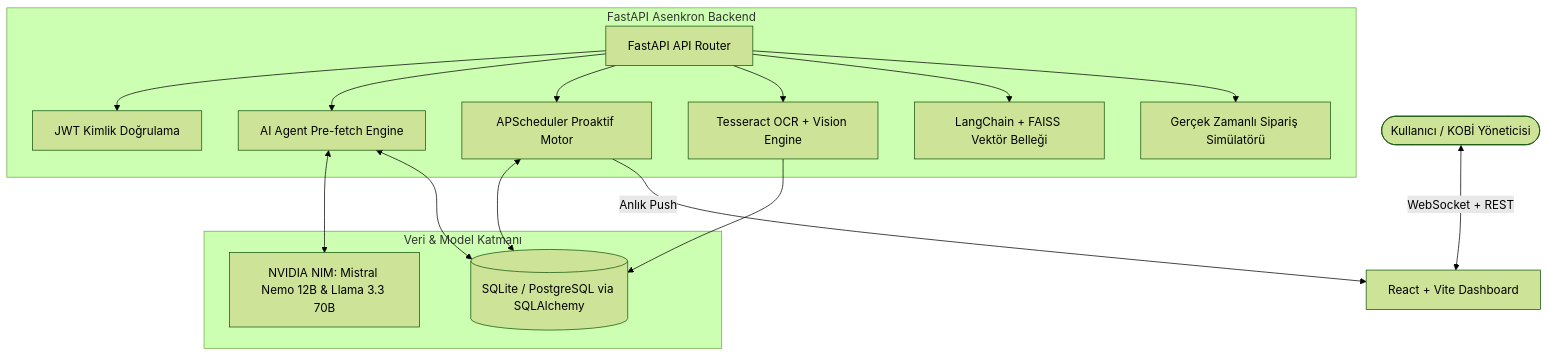
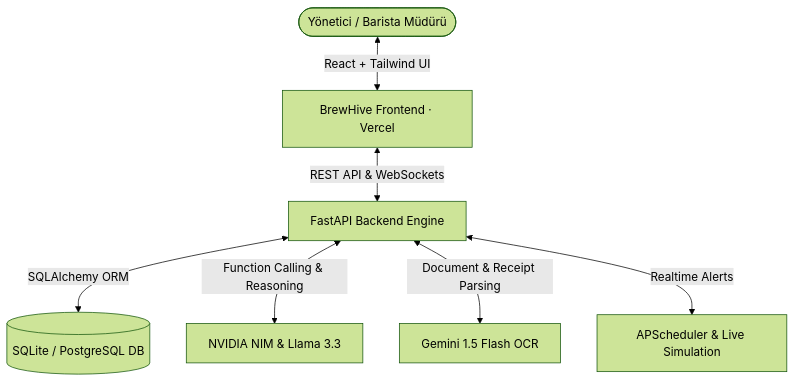
Before and after one commit to mehmeteminakkaya/KobiFlow: the diagram in README.md, drawn with Mermaid (forest theme). The commit also changed other lines of this file and 5 other files, not shown here.

Commit message:
feat: complete BrewHive AI overhaul with coffee dark UI, full demo mode and Vercel deployment

````diff
--- a/README.md
+++ b/README.md
@@ -40,32 +49,9 @@
 ```mermaid
 graph TD
-    User([Kullanıcı / KOBİ Yöneticisi]) <-->|WebSocket + REST| Frontend[React + Vite Dashboard]
-    
-    subgraph "FastAPI Asenkron Backend"
-        Router[FastAPI API Router]
-        Auth[JWT Kimlik Doğrulama]
-        Agent[AI Agent Pre-fetch Engine]
-        Insight[APScheduler Proaktif Motor]
-        OCR[Tesseract OCR + Vision Engine]
-        RAG[LangChain + FAISS Vektör Belleği]
-        Sim[Gerçek Zamanlı Sipariş Simülatörü]
-        
-        Router --> Auth
-        Router --> Agent
-        Router --> Insight
-        Router --> OCR
-        Router --> RAG
-        Router --> Sim
-    end
-
-    subgraph "Veri & Model Katmanı"
-        DB[(SQLite / PostgreSQL via SQLAlchemy)]
-        NvidiaAPI[NVIDIA NIM: Mistral Nemo 12B & Llama 3.3 70B]
-    end
-
-    Agent <--> NvidiaAPI
-    Agent <--> DB
-    Insight <--> DB
-    Insight -->|Anlık Push| Frontend
-    OCR --> DB
+    User([Yönetici / Barista Müdürü]) <-->|React + Tailwind UI| WebApp[BrewHive Frontend · Vercel]
+    WebApp <-->|REST API & WebSockets| Backend[FastAPI Backend Engine]
+    Backend <-->|SQLAlchemy ORM| DB[(SQLite / PostgreSQL DB)]
+    Backend <-->|Function Calling & Reasoning| LLM[NVIDIA NIM & Llama 3.3]
+    Backend <-->|Document & Receipt Parsing| OCR[Gemini 1.5 Flash OCR]
+    Backend <-->|Realtime Alerts| Scheduler[APScheduler & Live Simulation]
 ```
````
